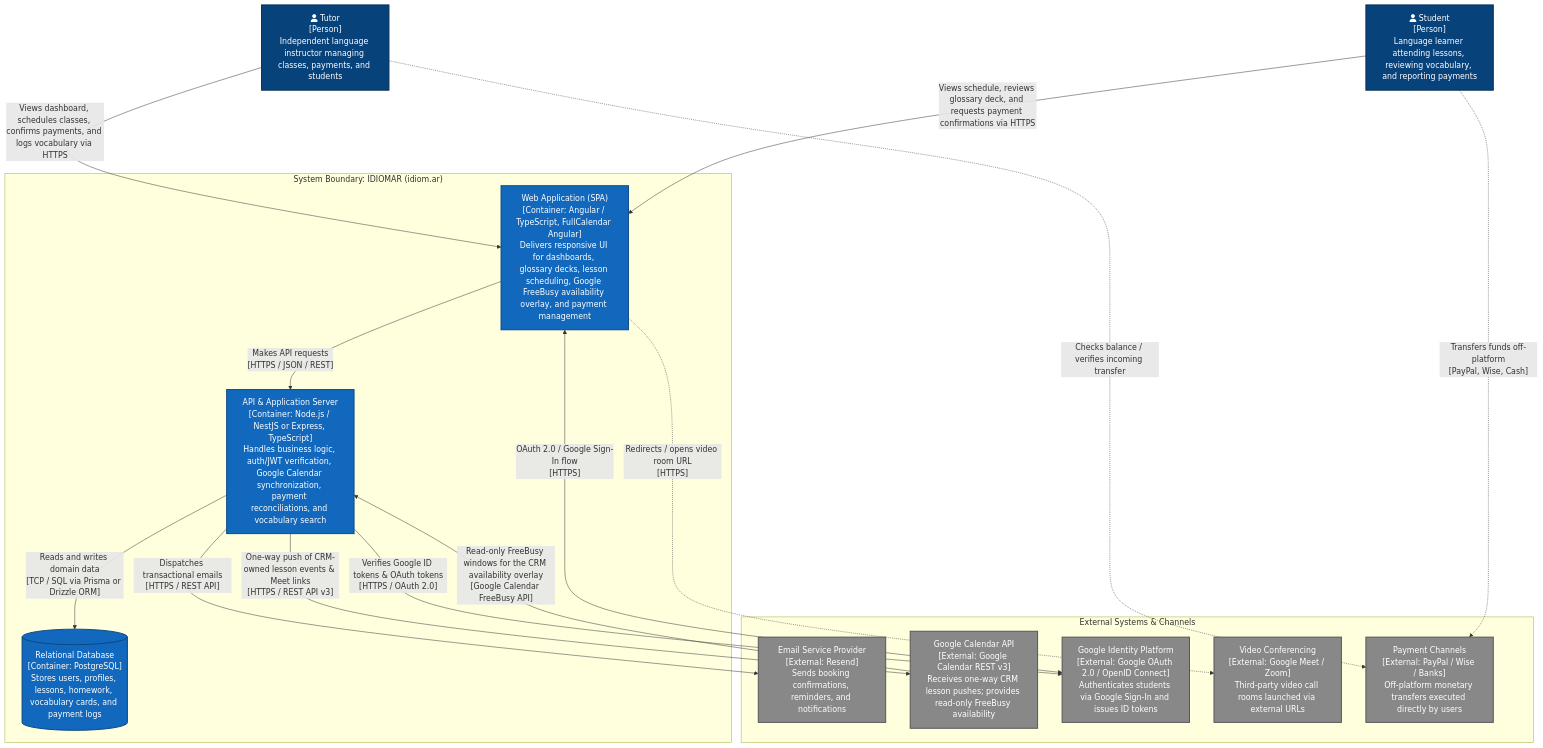
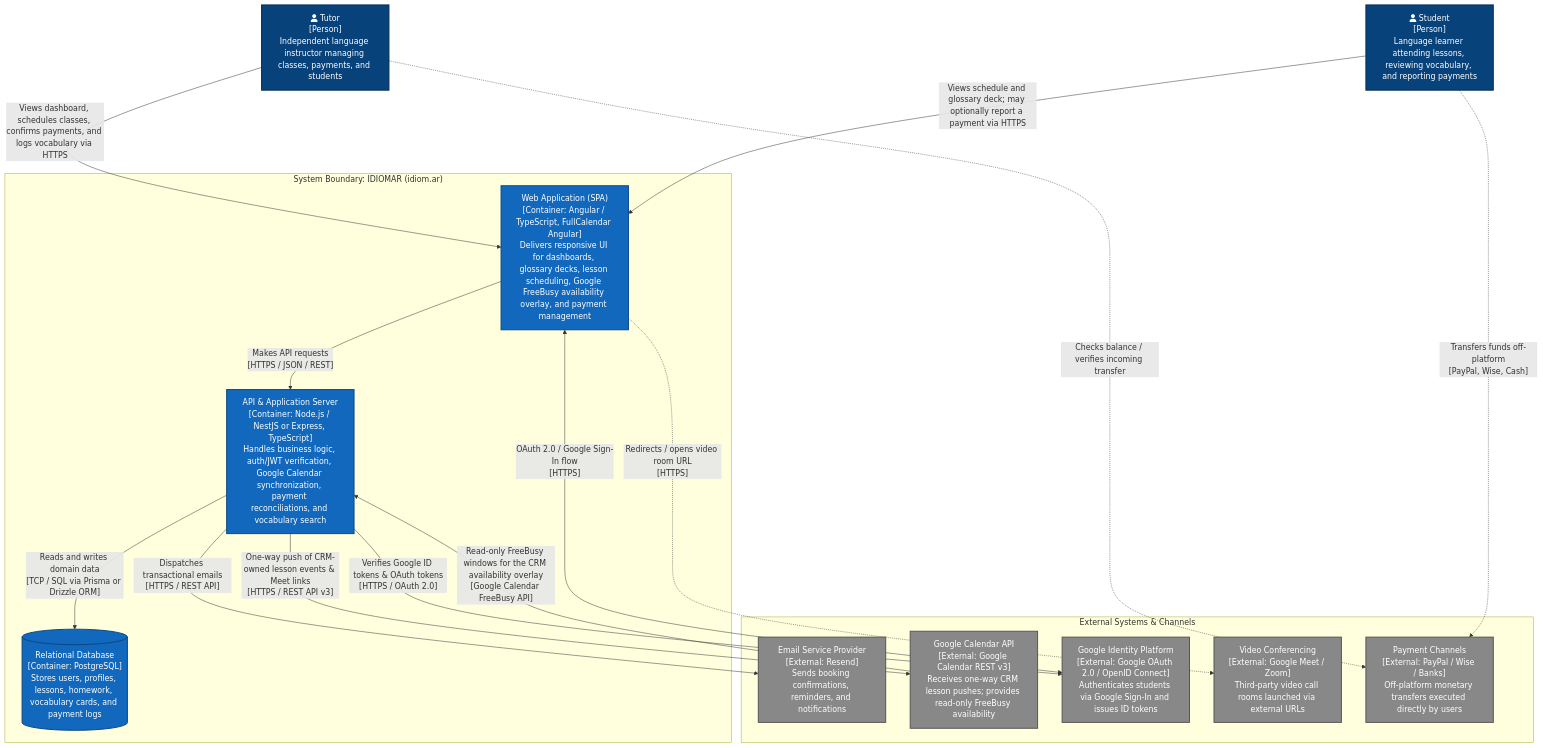
One commit to DmytroCherednichenko/idiomar-crm changed the diagram in docs/diagrams/02-c4-level2-containers.mmd. Above: the diagram before and after it, drawn with Mermaid. The commit also changed 6 other files, not shown here.

Commit message:
Rethink payment sequence introducing optional notification

```diff
--- a/docs/diagrams/02-c4-level2-containers.mmd
+++ b/docs/diagrams/02-c4-level2-containers.mmd
@@ -1,51 +1,51 @@
 flowchart TD
     %% Styling definitions
     classDef person fill:#08427b,stroke:#052e56,color:#ffffff,stroke-width:2px;
     classDef container fill:#1168bd,stroke:#0b4884,color:#ffffff,stroke-width:2px;
     classDef database fill:#1168bd,stroke:#0b4884,color:#ffffff,stroke-width:2px;
     classDef external fill:#888888,stroke:#555555,color:#ffffff,stroke-width:2px;
     classDef boundary fill:#f9f9f9,stroke:#999999,stroke-width:2px,stroke-dasharray: 5 5;
 
     %% Actors
     Tutor["fa:fa-user Tutor\n[Person]\nIndependent language instructor managing classes, payments, and students"]:::person
     Student["fa:fa-user Student\n[Person]\nLanguage learner attending lessons, reviewing vocabulary, and reporting payments"]:::person
 
     %% External Systems Out of Scope / Third-party
     subgraph ExternalServices["External Systems & Channels"]
         GoogleAuth["Google Identity Platform\n[External: Google OAuth 2.0 / OpenID Connect]\nAuthenticates students via Google Sign-In and issues ID tokens"]:::external
         GoogleCalendar["Google Calendar API\n[External: Google Calendar REST v3]\nReceives one-way CRM lesson pushes; provides read-only FreeBusy availability"]:::external
         EmailService["Email Service Provider\n[External: Resend]\nSends booking confirmations, reminders, and notifications"]:::external
         MeetingPlatform["Video Conferencing\n[External: Google Meet / Zoom]\nThird-party video call rooms launched via external URLs"]:::external
         PaymentChannels["Payment Channels\n[External: PayPal / Wise / Banks]\nOff-platform monetary transfers executed directly by users"]:::external
     end
 
     %% Main System Boundary
     subgraph IDIOMARSystem["System Boundary: IDIOMAR (idiom.ar)"]
         WebApp["Web Application (SPA)\n[Container: Angular / TypeScript, FullCalendar Angular]\nDelivers responsive UI for dashboards, glossary decks, lesson scheduling, Google FreeBusy availability overlay, and payment management"]:::container
 
         ApiServer["API & Application Server\n[Container: Node.js / NestJS or Express, TypeScript]\nHandles business logic, auth/JWT verification, Google Calendar synchronization, payment reconciliations, and vocabulary search"]:::container
 
         Database[("Relational Database\n[Container: PostgreSQL]\nStores users, profiles, lessons, homework, vocabulary cards, and payment logs")]:::database
     end
 
     %% User Interactions
     Tutor -->|"Views dashboard, schedules classes, confirms payments, and logs vocabulary via HTTPS"| WebApp
-    Student -->|"Views schedule, reviews glossary deck, and requests payment confirmations via HTTPS"| WebApp
+    Student -->|"Views schedule and glossary deck; may optionally report a payment via HTTPS"| WebApp
 
     %% Frontend to Backend
     WebApp -->|"Makes API requests\n[HTTPS / JSON / REST]"| ApiServer
 
     %% Backend to Database
     ApiServer -->|"Reads and writes domain data\n[TCP / SQL via Prisma or Drizzle ORM]"| Database
 
     %% Backend to External
     ApiServer -->|"Dispatches transactional emails\n[HTTPS / REST API]"| EmailService
     ApiServer -->|"One-way push of CRM-owned lesson events & Meet links\n[HTTPS / REST API v3]"| GoogleCalendar
     GoogleCalendar -->|"Read-only FreeBusy windows for the CRM availability overlay\n[Google Calendar FreeBusy API]"| ApiServer
     ApiServer -->|"Verifies Google ID tokens & OAuth tokens\n[HTTPS / OAuth 2.0]"| GoogleAuth
 
     %% External Redirects / Off-platform actions
     WebApp <-->|"OAuth 2.0 / Google Sign-In flow\n[HTTPS]"| GoogleAuth
     WebApp -.->|"Redirects / opens video room URL\n[HTTPS]"| MeetingPlatform
     Student -.->|"Transfers funds off-platform\n[PayPal, Wise, Cash]"| PaymentChannels
     Tutor -.->|"Checks balance / verifies incoming transfer"| PaymentChannels
```
